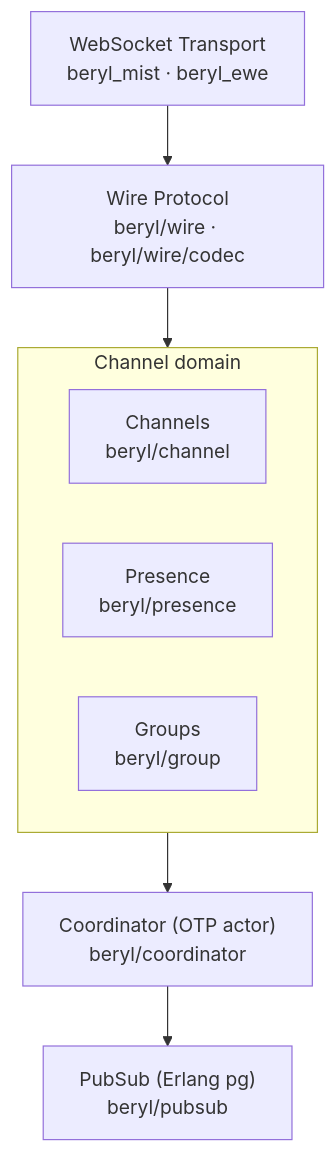
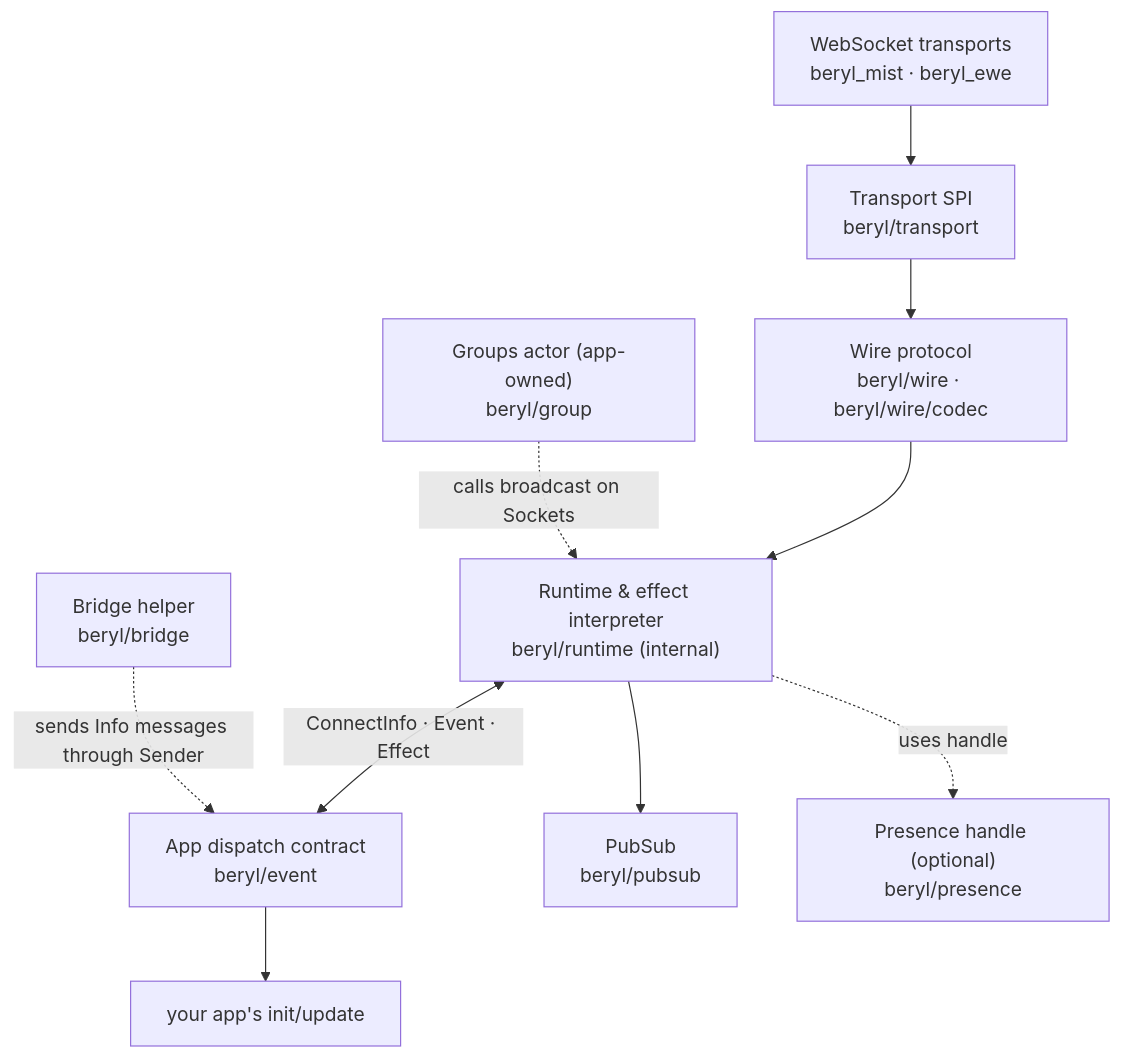
The first of 2 diagrams in website/src/content/docs/architecture/overview.md (tylerbutler/beryl), drawn with Mermaid before and after one commit. The commit also changed other lines of this file and 44 other files, not shown here.

````diff
--- a/website/src/content/docs/architecture/overview.md
+++ b/website/src/content/docs/architecture/overview.md
@@ -22,13 +22,21 @@
 ```mermaid
 flowchart TB
-  T["WebSocket Transport<br/>beryl_mist · beryl_ewe"]
-  W["Wire Protocol<br/>beryl/wire · beryl/wire/codec"]
-  subgraph Domain["Channel domain"]
-    C["Channels<br/>beryl/channel"]
-    P["Presence<br/>beryl/presence"]
-    G["Groups<br/>beryl/group"]
-  end
-  CO["Coordinator (OTP actor)<br/>beryl/coordinator"]
-  PS["PubSub (Erlang pg)<br/>beryl/pubsub"]
-  T --> W --> Domain --> CO --> PS
+  T["WebSocket transports<br/>beryl_mist · beryl_ewe"]
+  SPI["Transport SPI<br/>beryl/transport"]
+  W["Wire protocol<br/>beryl/wire · beryl/wire/codec"]
+  R["Runtime & effect interpreter<br/>beryl/runtime (internal)"]
+  E["App dispatch contract<br/>beryl/event"]
+  APP["your app's init/update"]
+  PS["PubSub<br/>beryl/pubsub"]
+  PR["Presence handle (optional)<br/>beryl/presence"]
+  G["Groups actor (app-owned)<br/>beryl/group"]
+  B["Bridge helper<br/>beryl/bridge"]
+
+  T --> SPI --> W --> R
+  R <-->|ConnectInfo · Event · Effect| E
+  E --> APP
+  R --> PS
+  R -. uses handle .-> PR
+  G -. calls broadcast on Sockets .-> R
+  B -. sends Info messages through Sender .-> E
 ```
````
